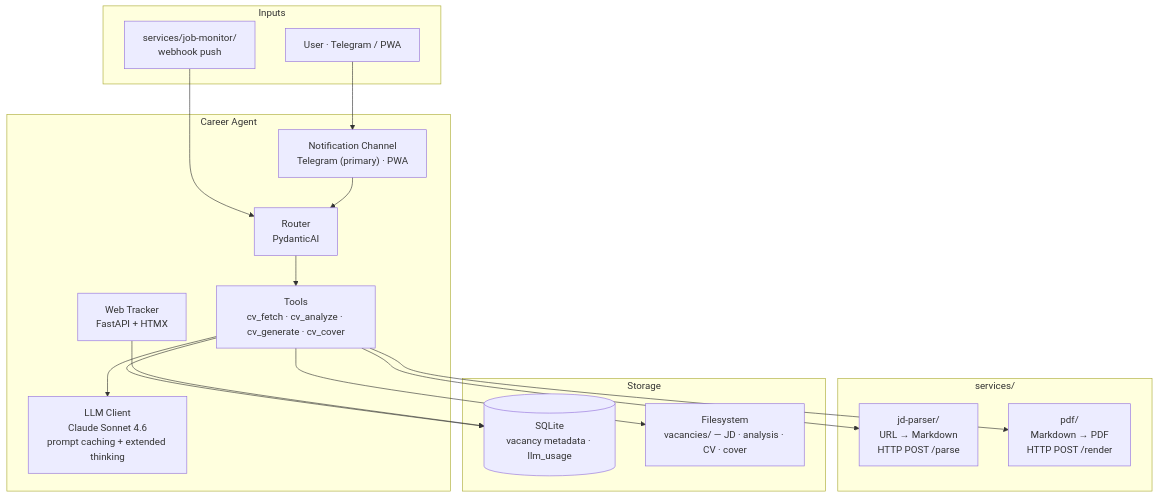
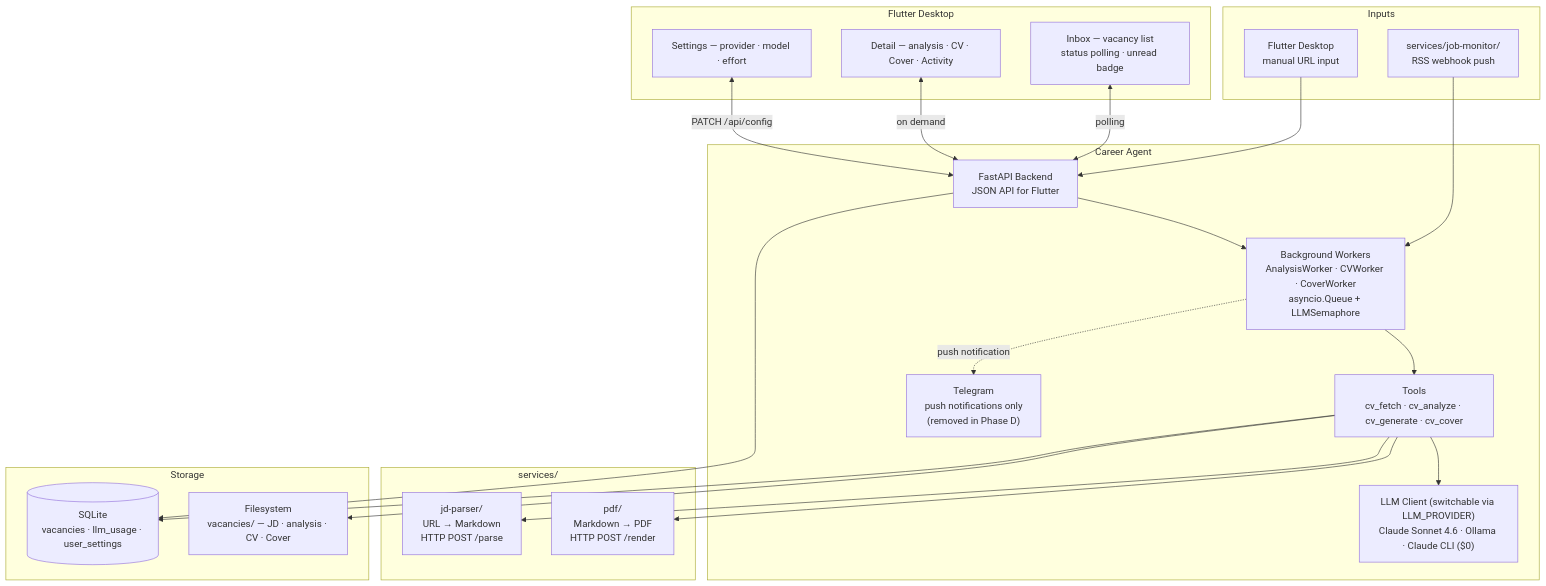
Before and after one commit to ioncat/ai-career-agent: the diagram in docs/diagrams/architecture.md, drawn with Mermaid. The commit also changed other lines of this file and 2 other files, not shown here.

Commit message:
docs(diagrams): update all three diagrams for Flutter-first architecture
architecture.md: Flutter Desktop as primary UI; Workers
(Analysis/CV/Cover); LLM_PROVIDER switch; Telegram push-only
user-journey.md: full rewrite — Telegram flow removed; RSS →
AnalysisWorker → Flutter inbox → CV/Cover in Flutter
ai-pipeline.md: Quick Scan / CV / Cover → Flutter (not Telegram);
add English output language note

````diff
--- a/docs/diagrams/architecture.md
+++ b/docs/diagrams/architecture.md
@@ -3,34 +3,45 @@
 ```mermaid
 flowchart TB
     subgraph Inputs
-        RSS["services/job-monitor/\nwebhook push"]
-        User["User · Telegram / PWA"]
+        RSS["services/job-monitor/\nRSS webhook push"]
+        FL_IN["Flutter Desktop\nmanual URL input"]
     end
 
     subgraph "Career Agent"
-        TG["Notification Channel\nTelegram (primary) · PWA"]
-        RT["Router\nPydanticAI"]
+        API["FastAPI Backend\nJSON API for Flutter"]
+        Workers["Background Workers\nAnalysisWorker · CVWorker · CoverWorker\nasyncio.Queue + LLMSemaphore"]
         Tools["Tools\ncv_fetch · cv_analyze · cv_generate · cv_cover"]
-        LLM["LLM Client\nClaude Sonnet 4.6\nprompt caching + extended thinking"]
-        Web["Web Tracker\nFastAPI + HTMX"]
+        LLM["LLM Client (switchable via LLM_PROVIDER)\nClaude Sonnet 4.6 · Ollama · Claude CLI ($0)"]
+        TG["Telegram\npush notifications only\n(removed in Phase D)"]
+    end
+
+    subgraph "Flutter Desktop"
+        Inbox["Inbox — vacancy list\nstatus polling · unread badge"]
+        Detail["Detail — analysis · CV · Cover · Activity"]
+        Settings["Settings — provider · model · effort"]
     end
 
     subgraph "services/"
         JDP["jd-parser/\nURL → Markdown\nHTTP POST /parse"]
         PDF["pdf/\nMarkdown → PDF\nHTTP POST /render"]
     end
 
     subgraph Storage
-        DB[("SQLite\nvacancy metadata · llm_usage")]
-        FS["Filesystem\nvacancies/ — JD · analysis · CV · cover"]
+        DB[("SQLite\nvacancies · llm_usage · user_settings")]
+        FS["Filesystem\nvacancies/ — JD · analysis · CV · Cover"]
     end
 
-    RSS --> RT
-    User --> TG --> RT
-    RT --> Tools
+    RSS --> Workers
+    FL_IN --> API
+    API --> Workers
+    Workers --> Tools
     Tools --> LLM
     Tools --> JDP
     Tools --> PDF
     Tools --> DB & FS
-    Web --> DB
+    API --> DB
+    Workers -.->|push notification| TG
+    Inbox <-->|polling| API
+    Detail <-->|on demand| API
+    Settings <-->|PATCH /api/config| API
 ```
````
